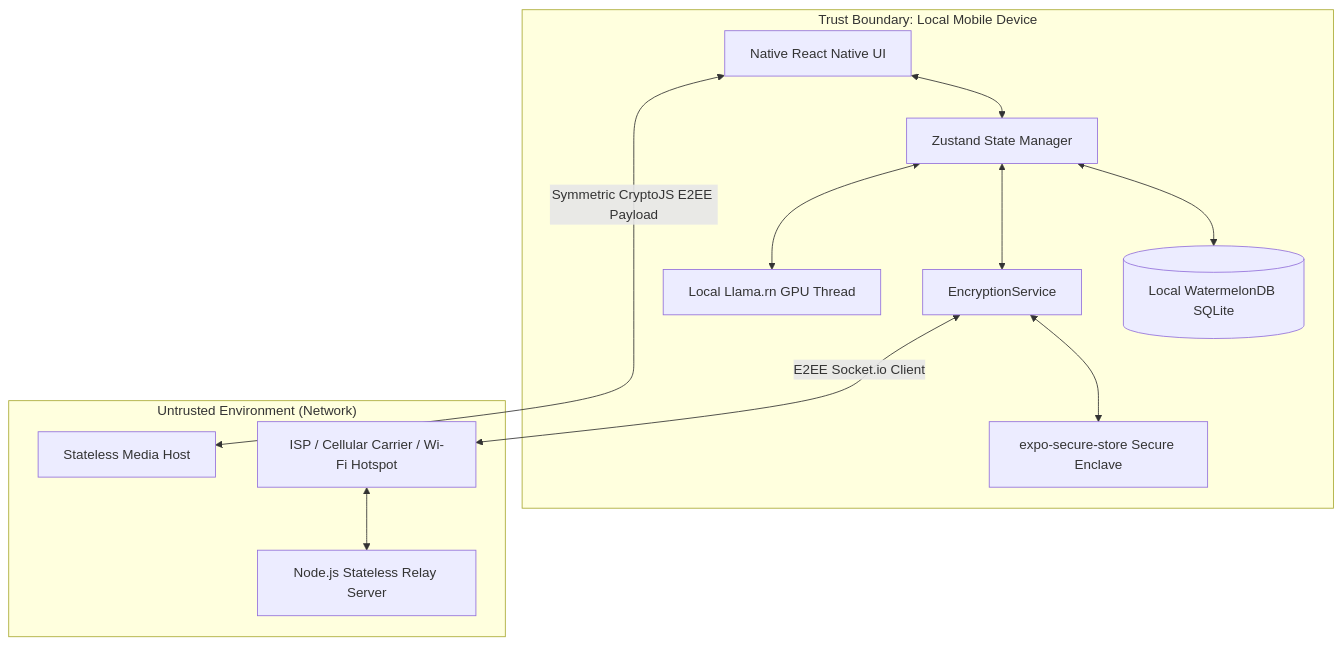
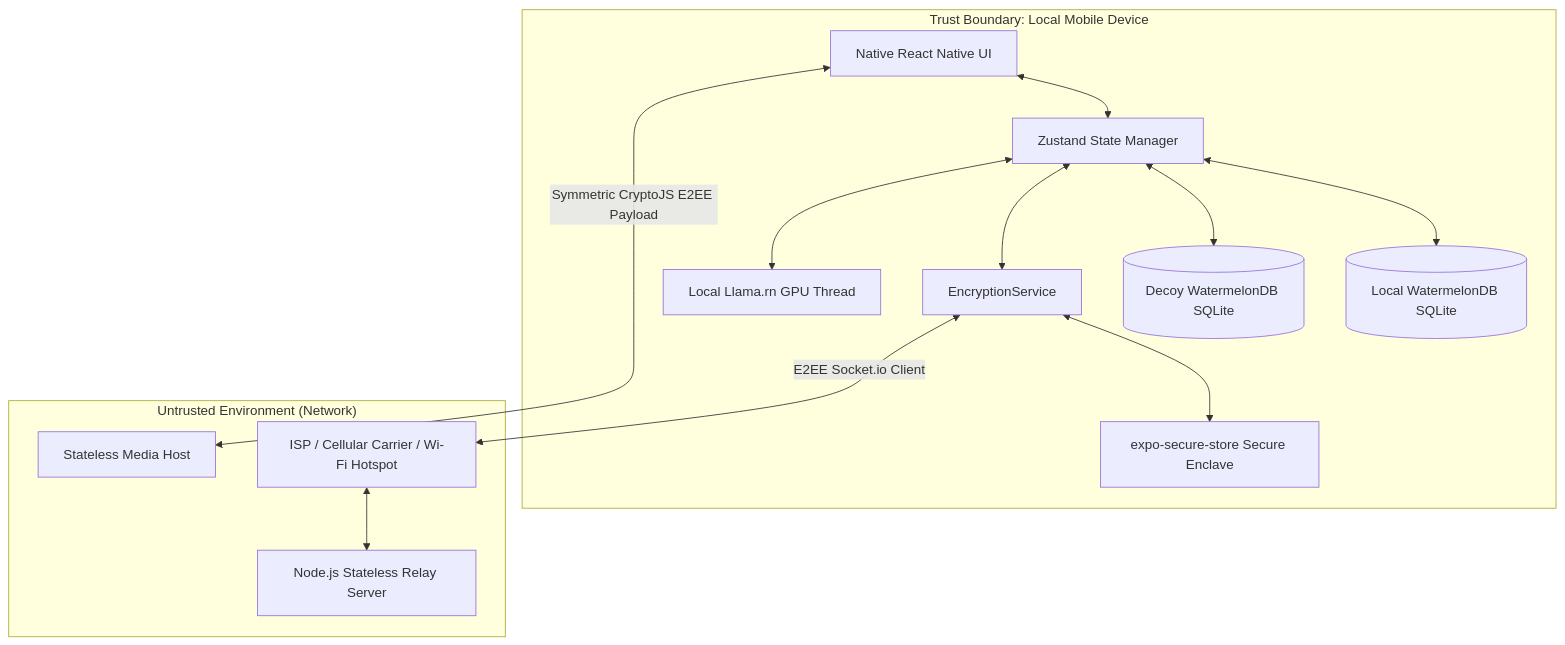
The first of 3 diagrams in THREAT_MODEL.md (beatnyk77/PIM), drawn with Mermaid before and after one commit. The commit also changed other lines of this file and 6 other files, not shown here.

````diff
--- a/THREAT_MODEL.md
+++ b/THREAT_MODEL.md
@@ -11,30 +11,32 @@
 ```mermaid
 graph TD
     subgraph "Trust Boundary: Local Mobile Device"
         UI[Native React Native UI]
         State[Zustand State Manager]
         DB[(Local WatermelonDB SQLite)]
+        DecoyDB[(Decoy WatermelonDB SQLite)]
         Keychain[expo-secure-store Secure Enclave]
         LLM[Local Llama.rn GPU Thread]
         Crypto[EncryptionService]
     end
 
     subgraph "Untrusted Environment (Network)"
         ISP[ISP / Cellular Carrier / Wi-Fi Hotspot]
         Relay[Node.js Stateless Relay Server]
         Storage[Stateless Media Host]
     end
 
     UI <--> State
     State <--> DB
+    State <--> DecoyDB
     State <--> Crypto
     Crypto <--> Keychain
     State <--> LLM
     
     %% E2EE Socket Transport
     Crypto <-->|E2EE Socket.io Client| ISP
     ISP <--> Relay
     
     %% E2EE Media Transport
     UI <-->|Symmetric CryptoJS E2EE Payload| Storage
 ```
````
